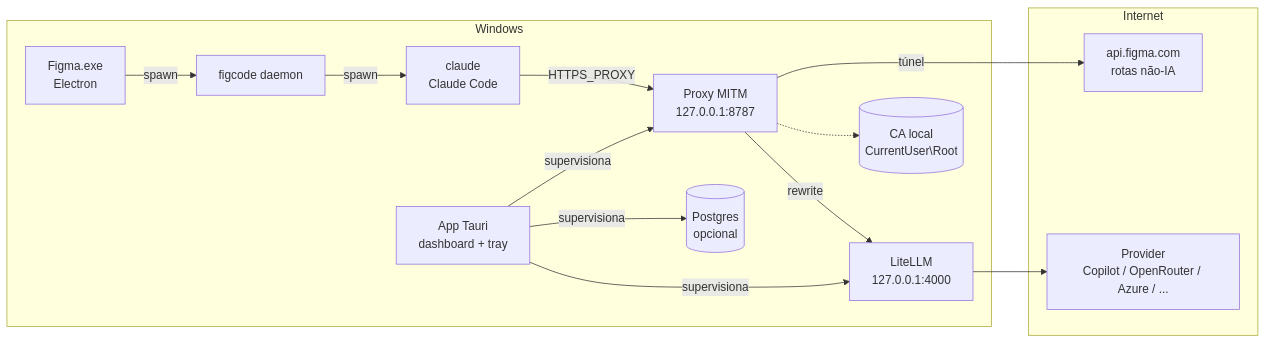
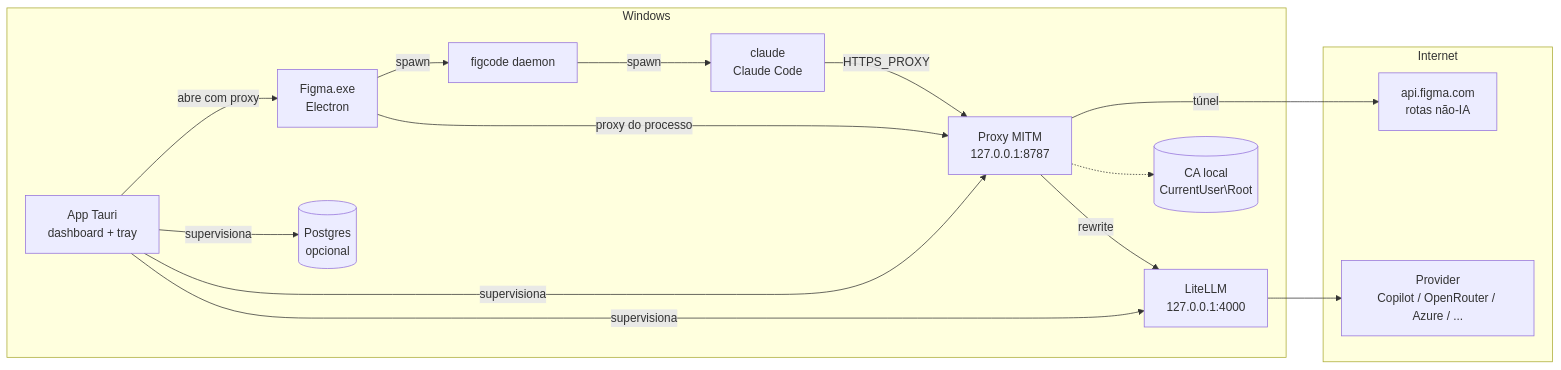
One commit to marcos2872/frank-figma-gateway changed the first of 2 diagrams in docs/figma-gateway-integration.md. Above: the diagram before and after it, drawn with Mermaid. The commit also changed other lines of this file and 124 other files, not shown here.

````diff
--- a/docs/figma-gateway-integration.md
+++ b/docs/figma-gateway-integration.md
@@ -8,28 +8,30 @@
 ```mermaid
 flowchart LR
     subgraph Windows
         E[Figma.exe<br/>Electron]
         F[figcode daemon]
         C[claude<br/>Claude Code]
         A[App Tauri<br/>dashboard + tray]
         P[Proxy MITM<br/>127.0.0.1:8787]
         L[LiteLLM<br/>127.0.0.1:4000]
         PG[(Postgres<br/>opcional)]
         CA[(CA local<br/>CurrentUser\Root)]
     end
 
     subgraph Internet
         API[api.figma.com<br/>rotas não-IA]
         X[Provider<br/>Copilot / OpenRouter / Azure / ...]
     end
 
     A -->|supervisiona| P
     A -->|supervisiona| L
     A -->|supervisiona| PG
+    A -->|abre com proxy| E
+    E -->|proxy do processo| P
     E -->|spawn| F -->|spawn| C
     C -->|HTTPS_PROXY| P
     P -->|túnel| API
     P -->|rewrite| L
     L --> X
     P -.-> CA
 ```
````
